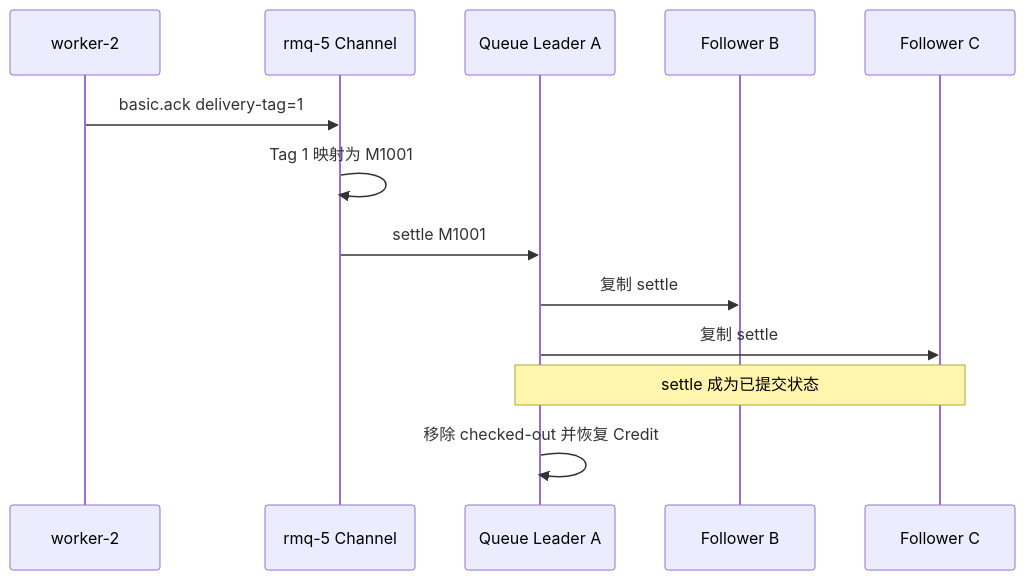
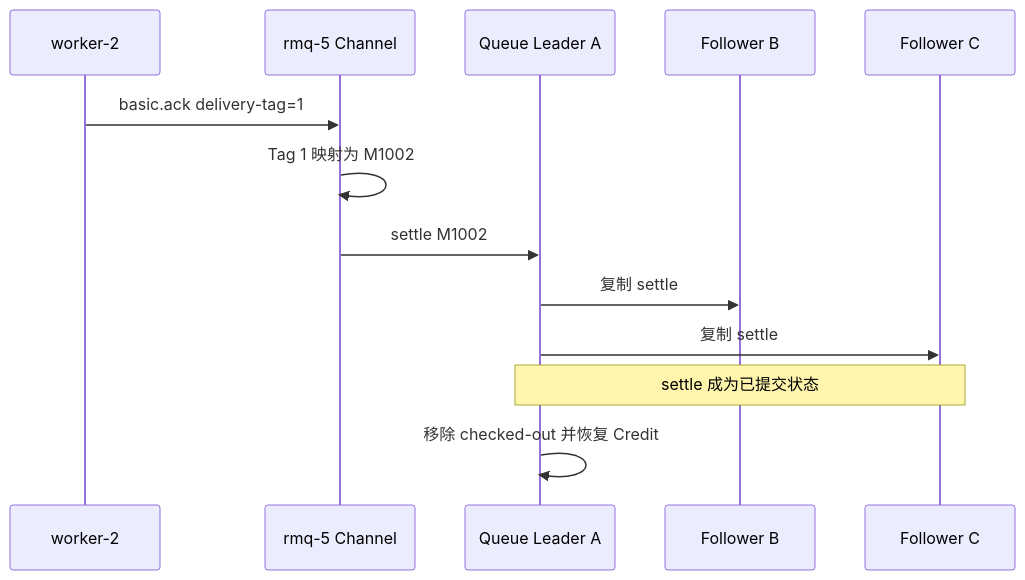
Before and after one commit to hotttao/backup: the fourth of 5 diagrams in posts/microservices/queue/022_rabbitmq_queue_implementation.md, drawn with Mermaid. The commit also changed other lines of this file and 11 other files, not shown here.

````diff
--- a/posts/microservices/queue/022_rabbitmq_queue_implementation.md
+++ b/posts/microservices/queue/022_rabbitmq_queue_implementation.md
@@ -175,16 +256,16 @@
 ```mermaid
 sequenceDiagram
     participant W as worker-2
     participant CH as rmq-5 Channel
     participant A as Queue Leader A
     participant B as Follower B
     participant C as Follower C
 
     W->>CH: basic.ack delivery-tag=1
-    CH->>CH: Tag 1 映射为 M1001
-    CH->>A: settle M1001
+    CH->>CH: Tag 1 映射为 M1002
+    CH->>A: settle M1002
     A->>B: 复制 settle
     A->>C: 复制 settle
     Note over A,C: settle 成为已提交状态
     A->>A: 移除 checked-out 并恢复 Credit
 ```
````
